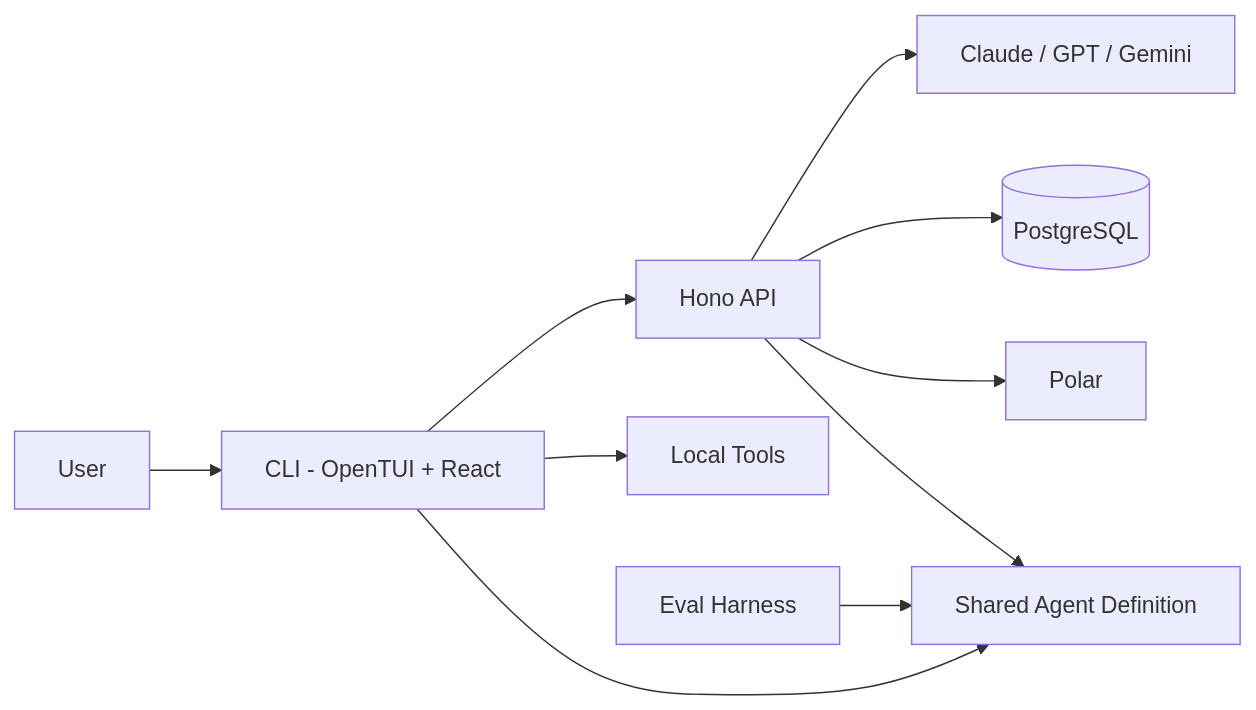
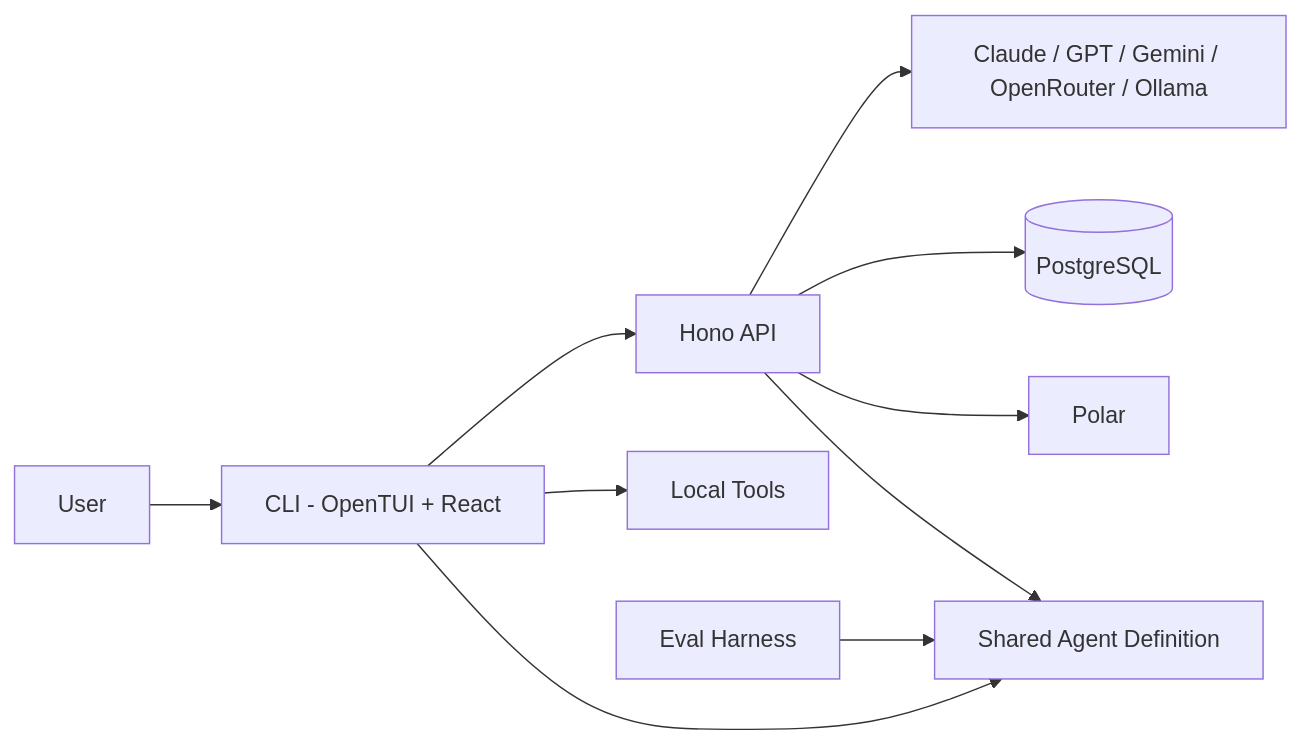
Before and after one commit to 101xAnshu/agent-snow: the diagram in README.md, drawn with Mermaid. The commit also changed other lines of this file and 22 other files, not shown here.

````diff
--- a/README.md
+++ b/README.md
@@ -47,12 +47,12 @@
 ```mermaid
 flowchart LR
     User[User] --> CLI[CLI - OpenTUI + React]
     CLI --> Server[Hono API]
     CLI --> Tools[Local Tools]
-    Server --> Models[Claude / GPT / Gemini]
+    Server --> Models[Claude / GPT / Gemini / OpenRouter / Ollama]
     Server --> DB[(PostgreSQL)]
     Server --> Polar[Polar]
     CLI --> Agent[Shared Agent Definition]
     Server --> Agent
     Harness[Eval Harness] --> Agent
 ```
````
